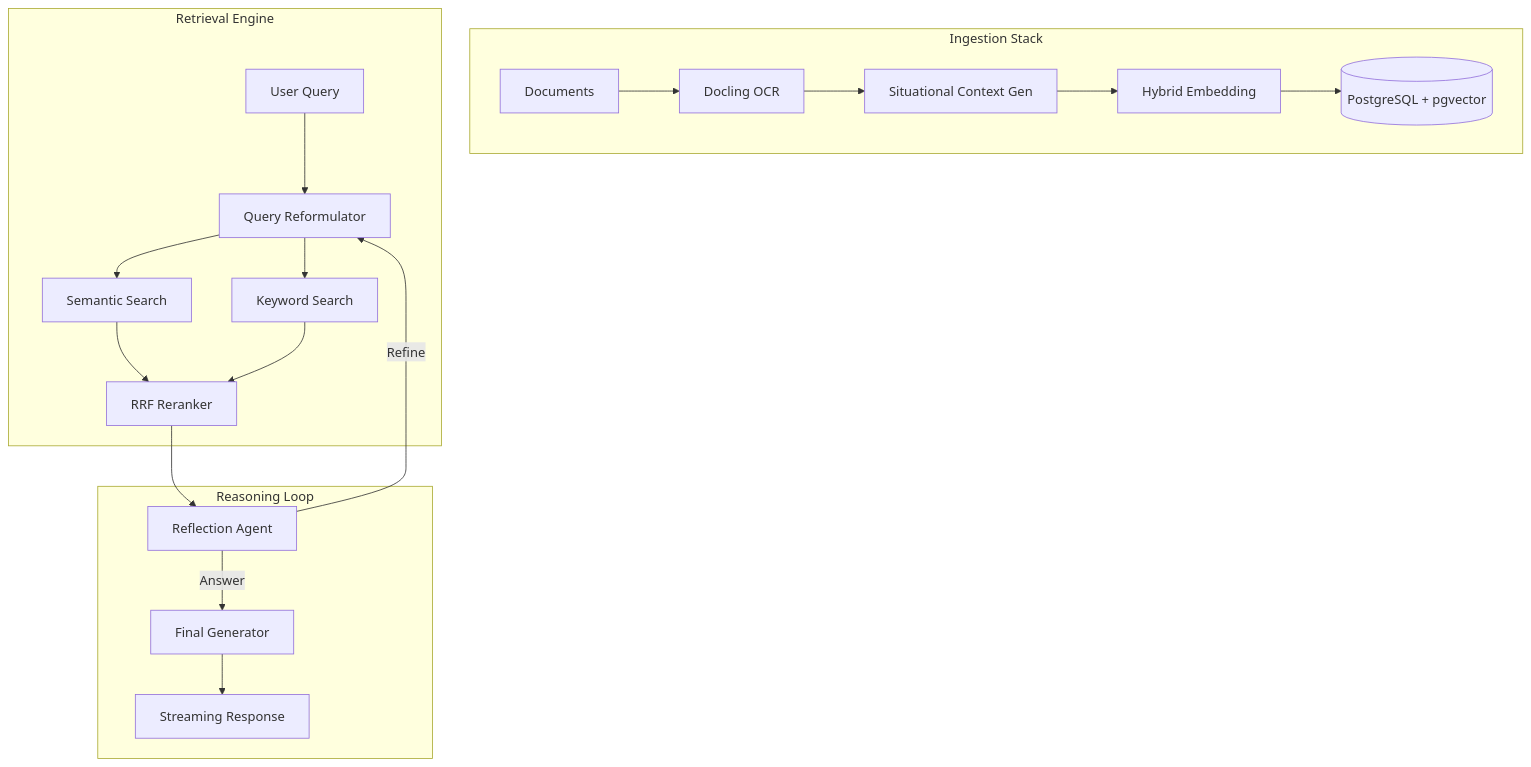
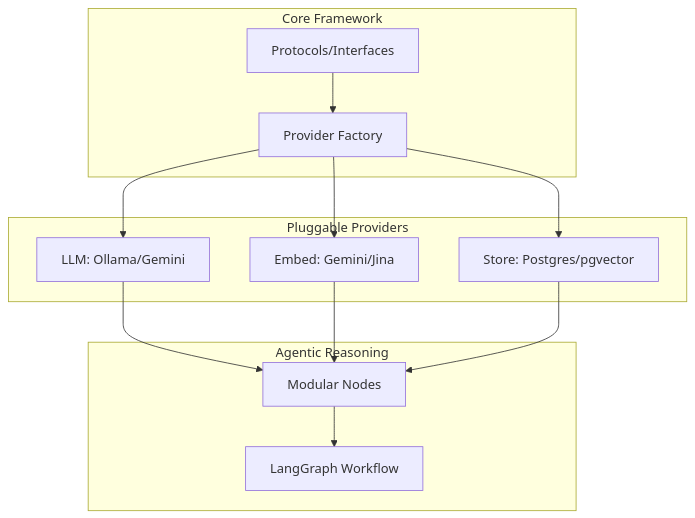
Before and after one commit to ImBharatkumar/Agentic-RAG-Platform: the diagram in README.md, drawn with Mermaid. The commit also changed other lines of this file and 22 other files, not shown here.

````diff
--- a/README.md
+++ b/README.md
@@ -27,24 +28,23 @@
 ```mermaid
 graph TB
-    subgraph "Ingestion Stack"
-        A[Documents] --> B[Docling OCR]
-        B --> C[Situational Context Gen]
-        C --> D[Hybrid Embedding]
-        D --> E[(PostgreSQL + pgvector)]
+    subgraph "Core Framework"
+        Factory[Provider Factory]
+        Proto[Protocols/Interfaces]
+    end
+
+    subgraph "Pluggable Providers"
+        LLM[LLM: Ollama/Gemini]
+        Embed[Embed: Gemini/Jina]
+        Store[Store: Postgres/pgvector]
     end
     
-    subgraph "Retrieval Engine"
-        Q[User Query] --> F[Query Reformulator]
-        F --> G[Semantic Search]
-        F --> H[Keyword Search]
-        G --> I[RRF Reranker]
-        H --> I
+    subgraph "Agentic Reasoning"
+        Graph[LangGraph Workflow]
+        Nodes[Modular Nodes]
     end
-    
-    subgraph "Reasoning Loop"
-        I --> J[Reflection Agent]
-        J -->|Refine| F
-        J -->|Answer| K[Final Generator]
-        K --> L[Streaming Response]
-    end
+
+    Proto --> Factory
+    Factory --> LLM & Embed & Store
+    LLM & Embed & Store --> Nodes
+    Nodes --> Graph
 ```
````
